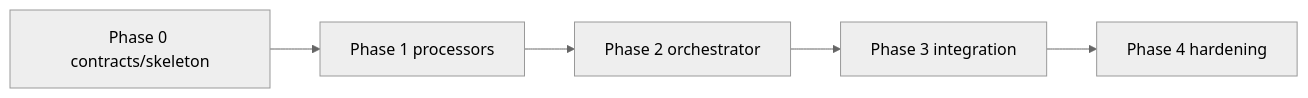
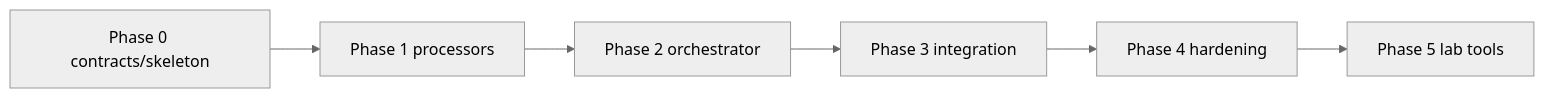
The third of 3 diagrams in docs/plan/README.md (mariogarcia-ar/docflow), drawn with Mermaid (neutral theme) before and after one commit. The commit also changed other lines of this file and 3 other files, not shown here.

First line of the commit message:
feat: add subplan for lab tools with five operator CLIs

````diff
--- a/docs/plan/README.md
+++ b/docs/plan/README.md
@@ -352,7 +422,8 @@
 ```mermaid
 flowchart LR
     P0[Phase 0 contracts/skeleton] --> P1[Phase 1 processors]
     P1 --> P2[Phase 2 orchestrator]
     P2 --> P3[Phase 3 integration]
     P3 --> P4[Phase 4 hardening]
+    P4 --> P5[Phase 5 lab tools]
 ```
````
